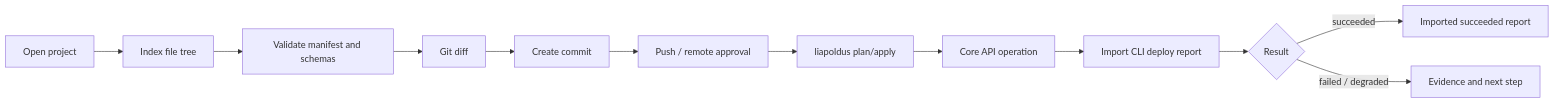
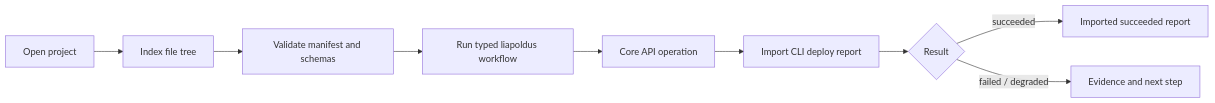
The diagram in docs/diagrams/studio-change-lifecycle.mmd (Liapoldus/studio), drawn with Mermaid before and after one commit. The commit also changed 79 other files, not shown here.

```diff
--- a/docs/diagrams/studio-change-lifecycle.mmd
+++ b/docs/diagrams/studio-change-lifecycle.mmd
@@ -1,12 +1,9 @@
 flowchart LR
     A["Open project"] --> B["Index file tree"]
     B --> C["Validate manifest and schemas"]
-    C --> D["Git diff"]
-    D --> E["Create commit"]
-    E --> F["Push / remote approval"]
-    F --> G["liapoldus plan/apply"]
-    G --> H["Core API operation"]
-    H --> I["Import CLI deploy report"]
-    I --> J{"Result"}
-    J -->|"succeeded"| K["Imported succeeded report"]
-    J -->|"failed / degraded"| L["Evidence and next step"]
+    C --> D["Run typed liapoldus workflow"]
+    D --> E["Core API operation"]
+    E --> F["Import CLI deploy report"]
+    F --> G{"Result"}
+    G -->|"succeeded"| H["Imported succeeded report"]
+    G -->|"failed / degraded"| I["Evidence and next step"]
```
